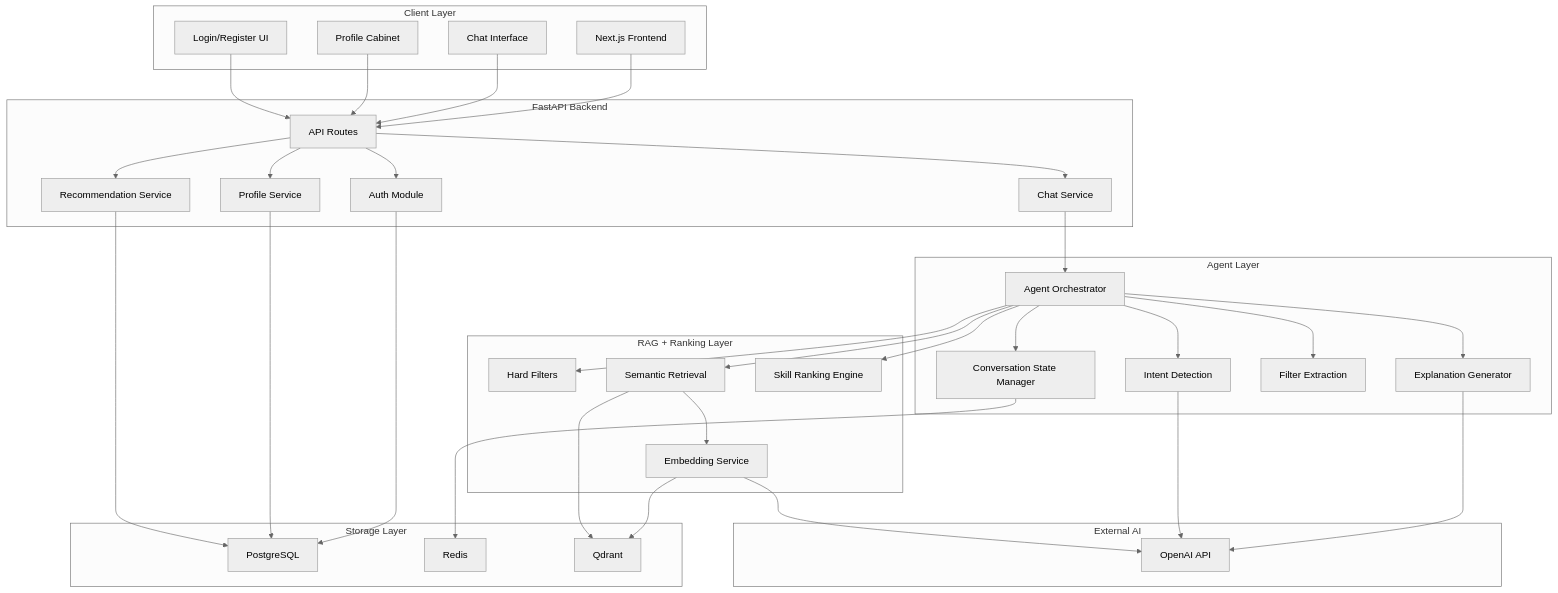
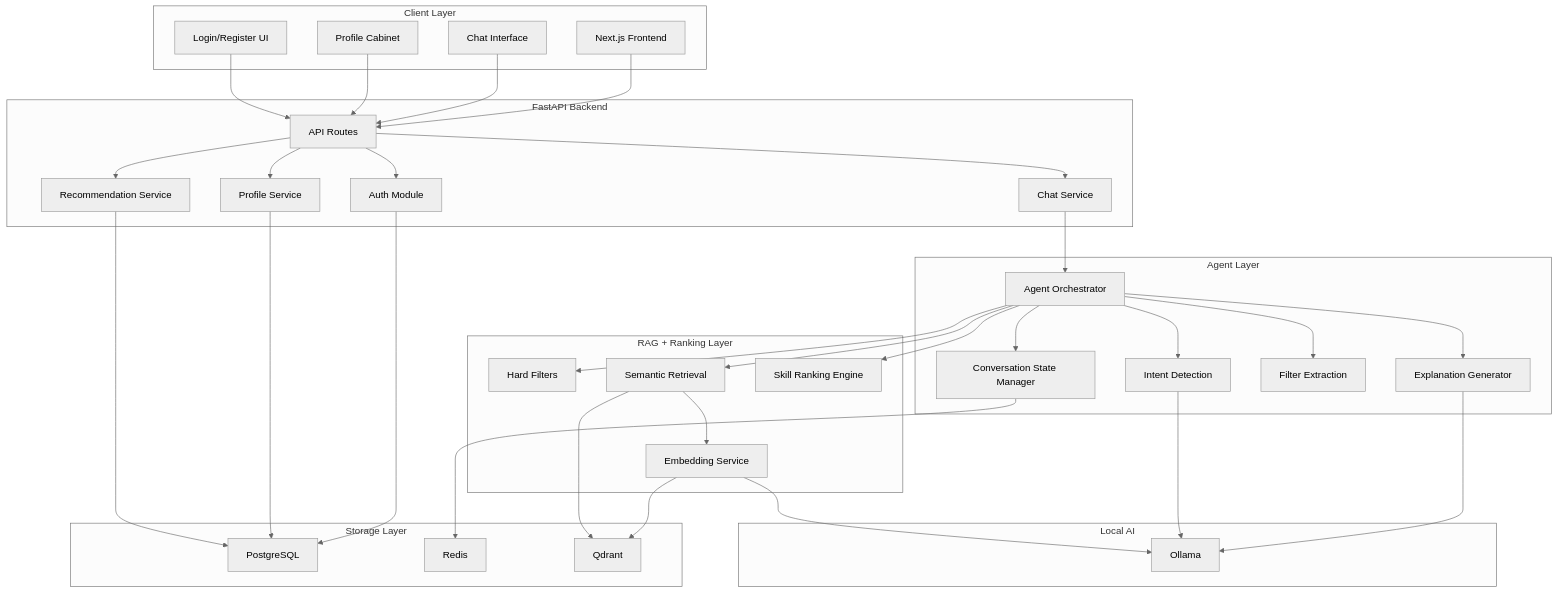
One commit to Kirill21897/AI_SaaS_Platform changed the second of 2 diagrams in docs/AI SaaS Platform.md. Above: the diagram before and after it, drawn with Mermaid (neutral theme). The commit also changed 23 other files, not shown here.

````diff
--- a/docs/AI SaaS Platform.md
+++ b/docs/AI SaaS Platform.md
@@ -24,79 +24,79 @@
 ```mermaid
 flowchart TB
 
     subgraph Client["Client Layer"]
         UI["Next.js Frontend"]
         CHAT["Chat Interface"]
         PROFILE["Profile Cabinet"]
         AUTHUI["Login/Register UI"]
     end
 
     subgraph API["FastAPI Backend"]
         ROUTER["API Routes"]
         AUTH["Auth Module"]
         PROFILESVC["Profile Service"]
         CHATSVC["Chat Service"]
         RECSVC["Recommendation Service"]
     end
 
     subgraph AGENT["Agent Layer"]
         ORCH["Agent Orchestrator"]
         INTENT["Intent Detection"]
         STATE["Conversation State Manager"]
         FILTERS["Filter Extraction"]
         EXPLAIN["Explanation Generator"]
     end
 
     subgraph RAG["RAG + Ranking Layer"]
         HARD["Hard Filters"]
         RETRIEVAL["Semantic Retrieval"]
         RANKING["Skill Ranking Engine"]
         EMBED["Embedding Service"]
     end
 
     subgraph STORAGE["Storage Layer"]
         PG["PostgreSQL"]
         REDIS["Redis"]
         QDRANT["Qdrant"]
     end
 
-    subgraph EXTERNAL["External AI"]
-        OPENAI["OpenAI API"]
+    subgraph EXTERNAL["Local AI"]
+        OLLAMA["Ollama"]
     end
 
     UI --> ROUTER
     CHAT --> ROUTER
     PROFILE --> ROUTER
     AUTHUI --> ROUTER
 
     ROUTER --> AUTH
     ROUTER --> PROFILESVC
     ROUTER --> CHATSVC
     ROUTER --> RECSVC
 
     CHATSVC --> ORCH
 
     ORCH --> INTENT
     ORCH --> STATE
     ORCH --> FILTERS
     ORCH --> EXPLAIN
 
     ORCH --> HARD
     ORCH --> RETRIEVAL
     ORCH --> RANKING
 
     RETRIEVAL --> EMBED
 
     AUTH --> PG
     PROFILESVC --> PG
     RECSVC --> PG
 
     STATE --> REDIS
 
     EMBED --> QDRANT
     RETRIEVAL --> QDRANT
 
-    EXPLAIN --> OPENAI
-    INTENT --> OPENAI
-    EMBED --> OPENAI
+    EXPLAIN --> OLLAMA
+    INTENT --> OLLAMA
+    EMBED --> OLLAMA
 ```
````
